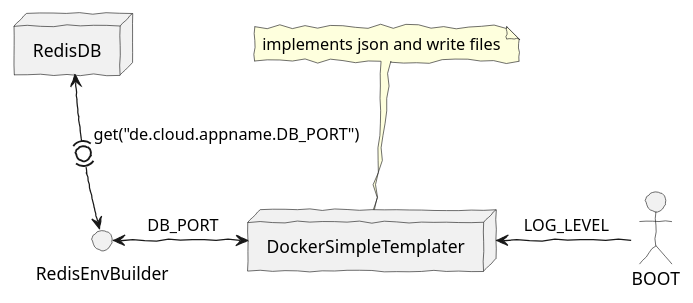
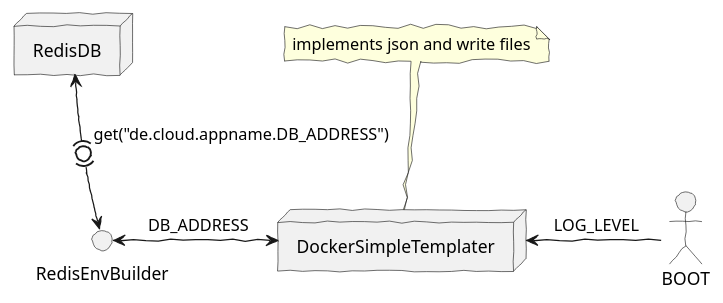
One commit to dockermgeo/DockerSimpleTemplater changed the diagram in docs/dst-architektur.puml. Above: the diagram before and after it, drawn with PlantUML. The commit also changed 2 other files, not shown here.

Commit message:
RedisDB-Client

```diff
--- a/docs/dst-architektur.puml
+++ b/docs/dst-architektur.puml
@@ -1,16 +1,16 @@
 @startuml
 skinparam handwritten true
 
 node RedisDB
 interface RedisEnvBuilder
 actor BOOT
 node DockerSimpleTemplater
 
 
-RedisDB <-(0)-> RedisEnvBuilder:get("de.cloud.appname.DB_PORT")
+RedisDB <-(0)-> RedisEnvBuilder:get("de.cloud.appname.DB_ADDRESS")
 DockerSimpleTemplater <- BOOT:" LOG_LEVEL"
-RedisEnvBuilder <-> DockerSimpleTemplater:" DB_PORT"
+RedisEnvBuilder <-> DockerSimpleTemplater:" DB_ADDRESS"
 note top: implements json and write files
 
 
 @enduml
```
